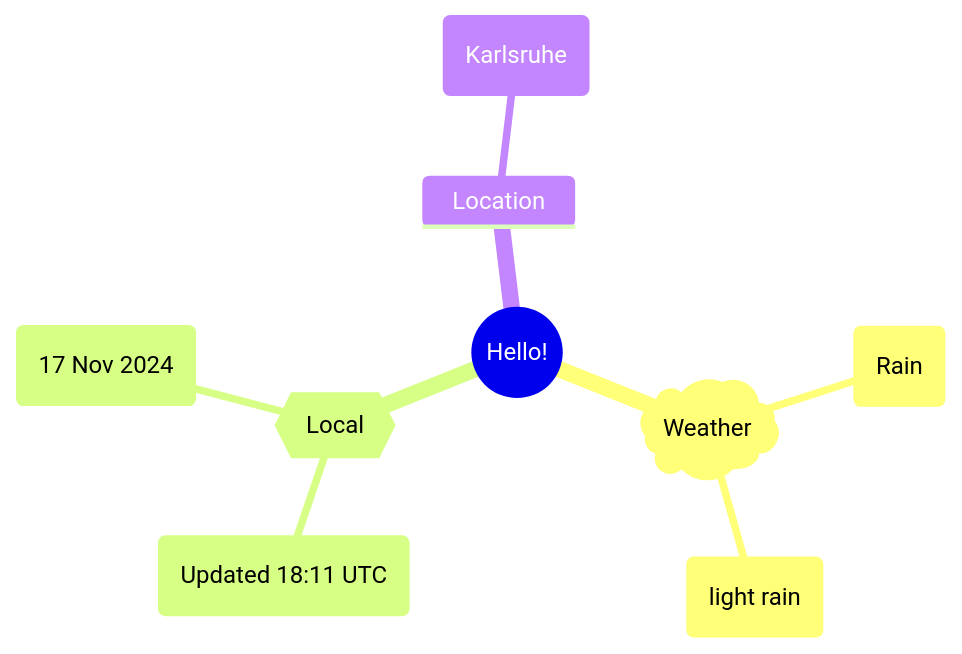
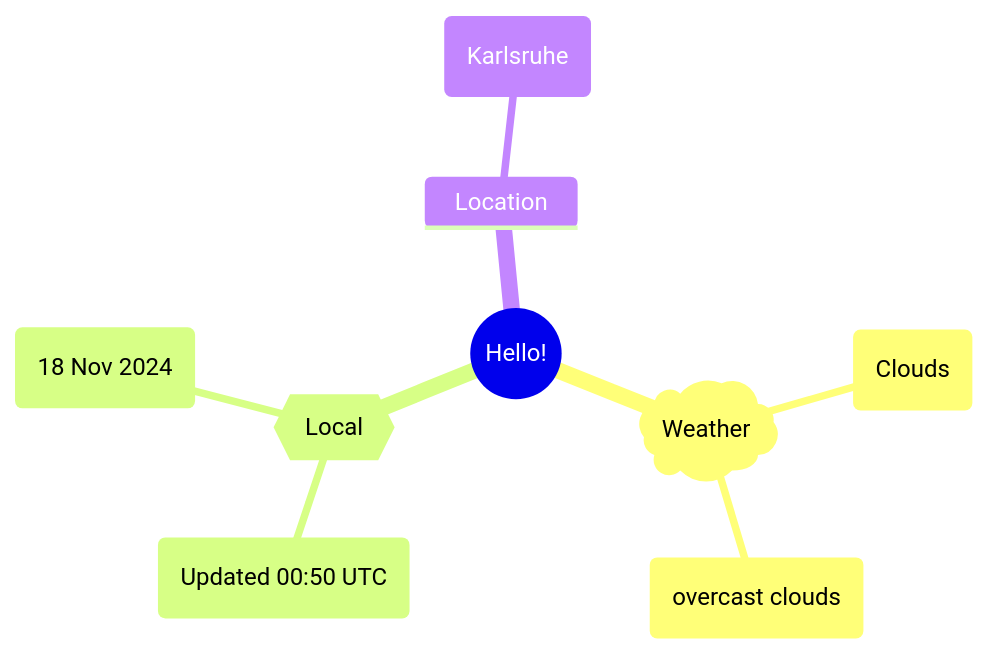
Before and after one commit to Xosrov/Xosrov: the first of 2 diagrams in README.md, drawn with Mermaid.

Commit message:
[bot] updated images

````diff
--- a/README.md
+++ b/README.md
@@ -3,12 +3,12 @@
 ```mermaid
 mindmap
   root((Hello!))
     )Weather(
-        (Rain)
-        (light rain)
+        (Clouds)
+        (overcast clouds)
     {{Local}}
-        (Updated 18:11 UTC)
-        (17 Nov 2024)
+        (Updated 00:50 UTC)
+        (18 Nov 2024)
     Location
         (Karlsruhe)
 ```
````
